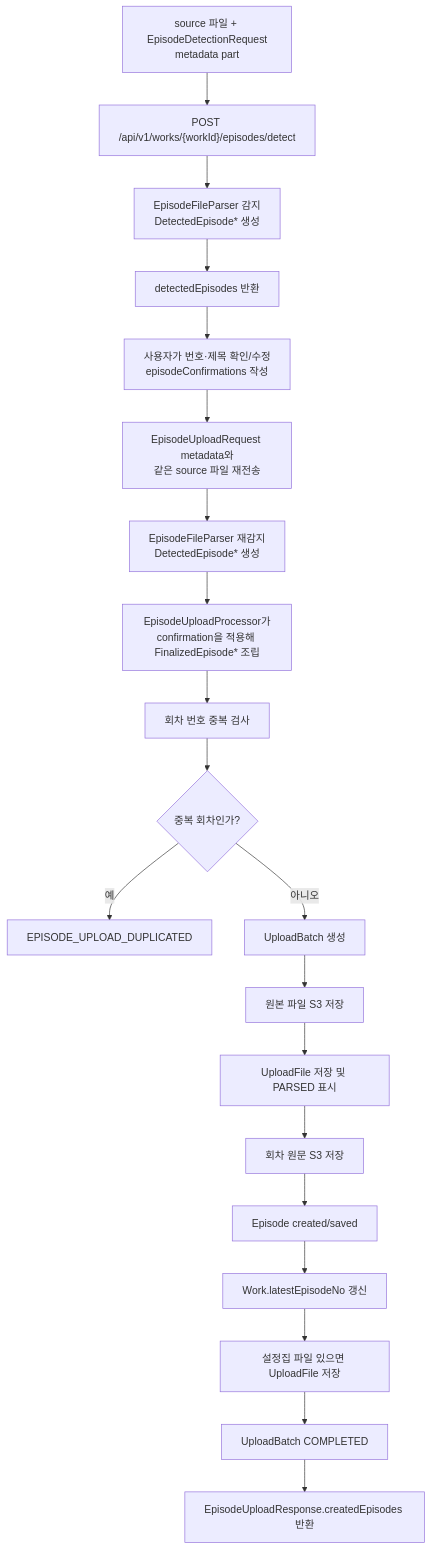
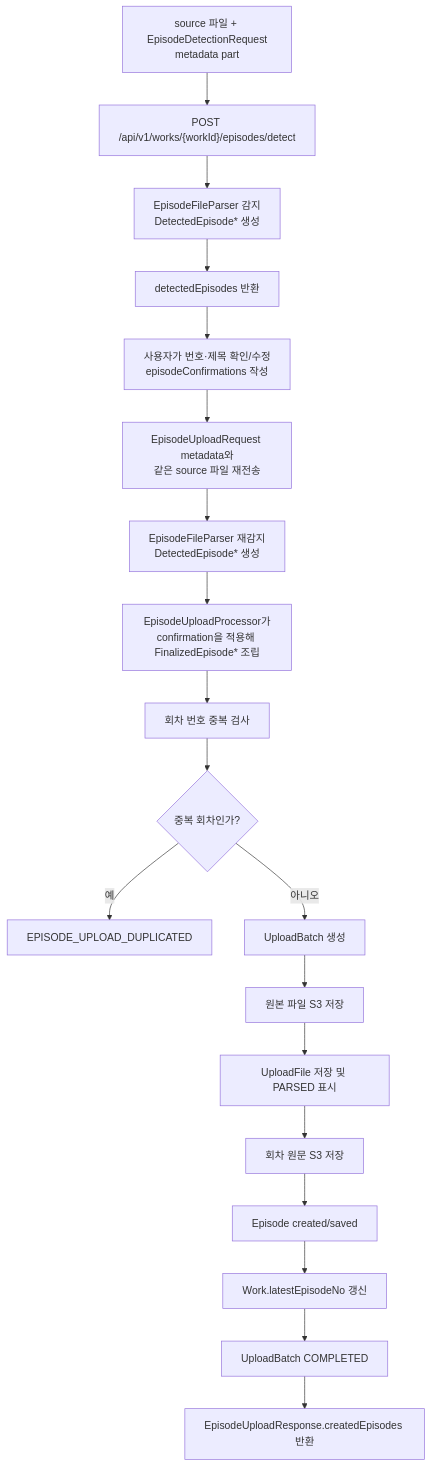
Before and after one commit to catchhole-soma/catchhole-backend-java: the first of 4 diagrams in docs/upload-episode-workflow.md, drawn with Mermaid. The commit also changed other lines of this file and 4 other files, not shown here.

````diff
--- a/docs/upload-episode-workflow.md
+++ b/docs/upload-episode-workflow.md
@@ -9,22 +9,21 @@
 ```mermaid
 flowchart TD
     A["source 파일 + EpisodeDetectionRequest<br/>metadata part"] --> B["POST /api/v1/works/{workId}/episodes/detect"]
     B --> C["EpisodeFileParser 감지<br/>DetectedEpisode* 생성"]
     C --> D["detectedEpisodes 반환"]
     D --> E["사용자가 번호·제목 확인/수정<br/>episodeConfirmations 작성"]
     E --> F["EpisodeUploadRequest metadata와<br/>같은 source 파일 재전송"]
     F --> G["EpisodeFileParser 재감지<br/>DetectedEpisode* 생성"]
     G --> H["EpisodeUploadProcessor가<br/>confirmation을 적용해 FinalizedEpisode* 조립"]
     H --> I["회차 번호 중복 검사"]
     I --> J{"중복 회차인가?"}
     J -- "예" --> K["EPISODE_UPLOAD_DUPLICATED"]
     J -- "아니오" --> L["UploadBatch 생성"]
     L --> M["원본 파일 S3 저장"]
     M --> N["UploadFile 저장 및 PARSED 표시"]
     N --> O["회차 원문 S3 저장"]
     O --> P["Episode created/saved"]
     P --> Q["Work.latestEpisodeNo 갱신"]
-    Q --> R["설정집 파일 있으면 UploadFile 저장"]
-    R --> S["UploadBatch COMPLETED"]
+    Q --> S["UploadBatch COMPLETED"]
     S --> T["EpisodeUploadResponse.createdEpisodes 반환"]
 ```
````
